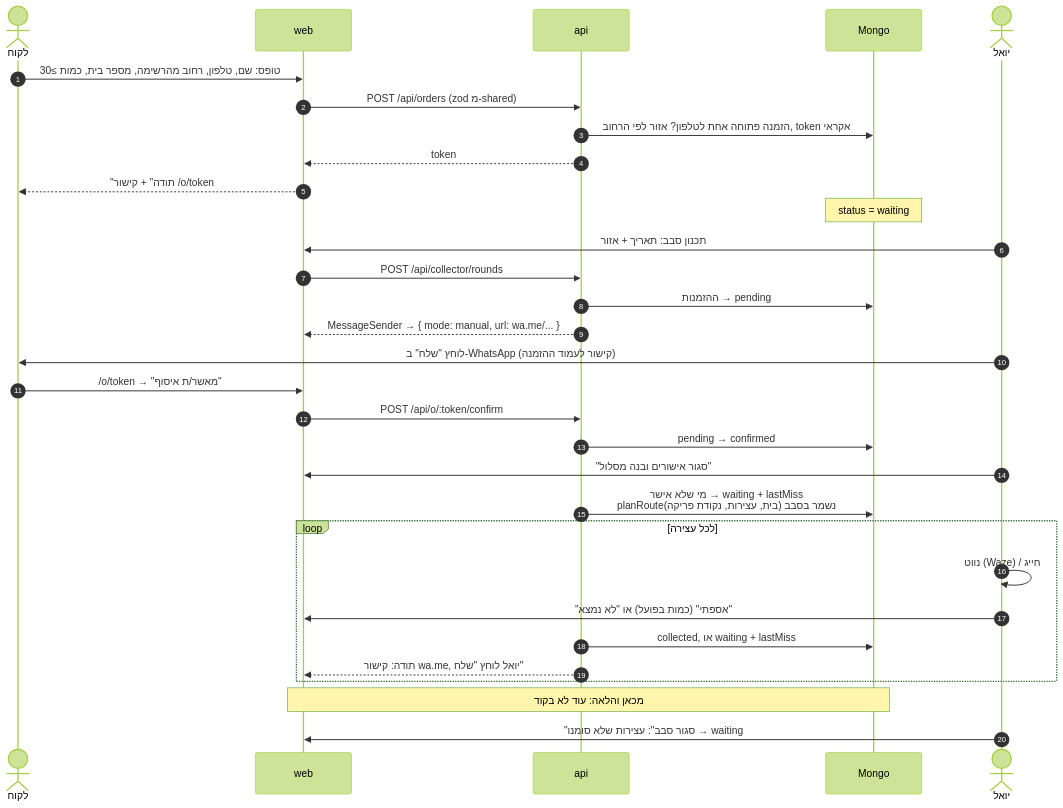
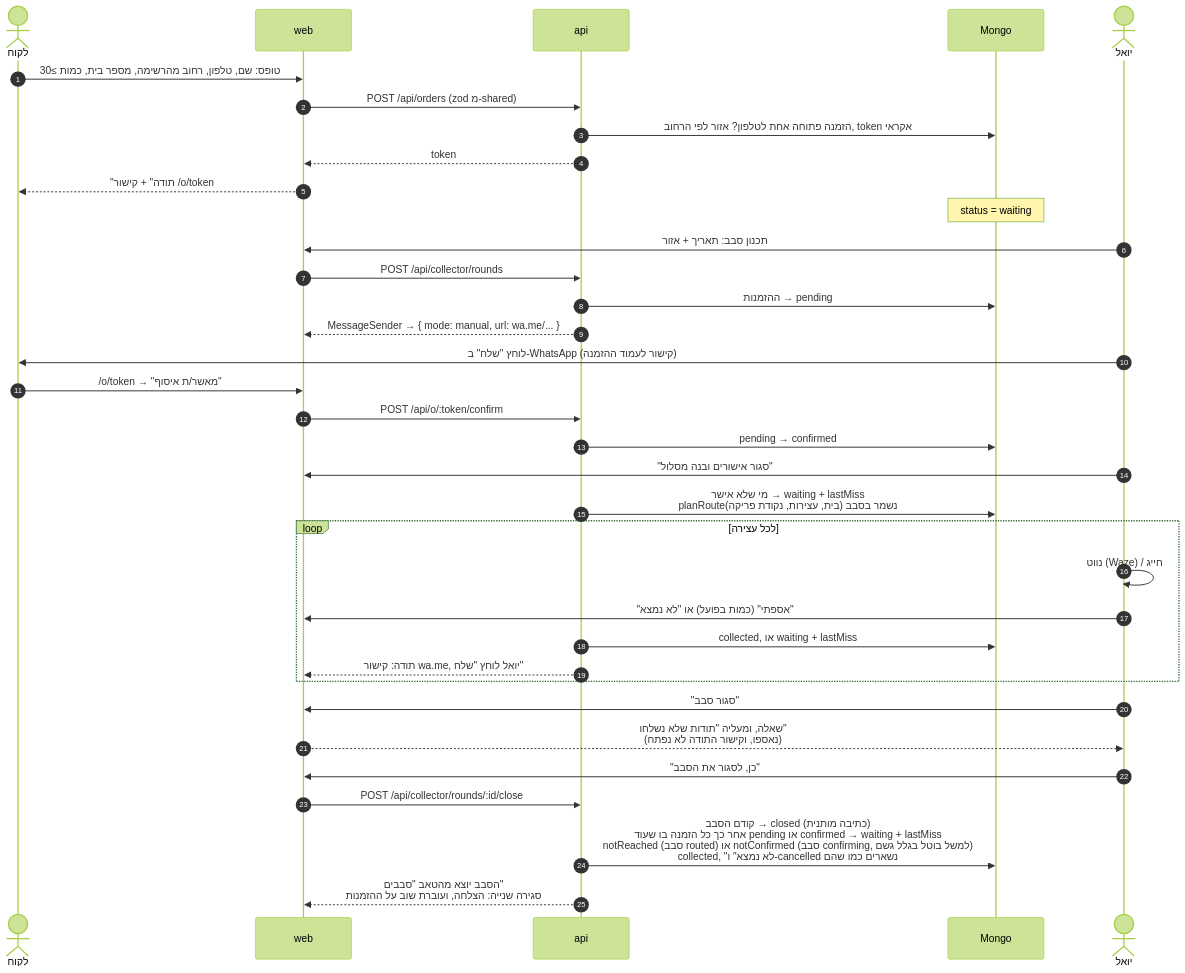
The second of 3 diagrams in ARCHITECTURE.md (uriel-s/Latet-od), drawn with Mermaid (forest theme) before and after one commit. The commit also changed other lines of this file, not shown here.

Commit message:
Describe 'close round' in ARCHITECTURE.md and update the status header

````diff
--- a/ARCHITECTURE.md
+++ b/ARCHITECTURE.md
@@ -63,37 +63,41 @@
 ```mermaid
 sequenceDiagram
     autonumber
     actor L as לקוח
     participant W as web
     participant A as api
     participant D as Mongo
     actor Y as יואל
 
     L->>W: טופס: שם, טלפון, רחוב מהרשימה, מספר בית, כמות ≥30
     W->>A: POST /api/orders (zod מ-shared)
     A->>D: הזמנה פתוחה אחת לטלפון? אזור לפי הרחוב, token אקראי
     A-->>W: token
     W-->>L: "תודה" + קישור /o/token
     Note over D: status = waiting
 
     Y->>W: תכנון סבב: תאריך + אזור
     W->>A: POST /api/collector/rounds
     A->>D: ההזמנות → pending
     A-->>W: MessageSender → { mode: manual, url: wa.me/... }
     Y->>L: לוחץ "שלח" ב-WhatsApp (קישור לעמוד ההזמנה)
 
     L->>W: /o/token → "מאשר/ת איסוף"
     W->>A: POST /api/o/:token/confirm
     A->>D: pending → confirmed
 
     Y->>W: "סגור אישורים ובנה מסלול"
     A->>D: מי שלא אישר → waiting + lastMiss<br/>planRoute(בית, עצירות, נקודת פריקה) נשמר בסבב
     loop לכל עצירה
         Y->>Y: נווט (Waze) / חייג
         Y->>W: "אספתי" (כמות בפועל) או "לא נמצא"
         A->>D: collected, או waiting + lastMiss
         A-->>W: תודה: קישור wa.me, יואל לוחץ "שלח"
     end
-    Note over W,D: מכאן והלאה: עוד לא בקוד
-    Y->>W: "סגור סבב": עצירות שלא סומנו → waiting
+    Y->>W: "סגור סבב"
+    W-->>Y: שאלה, ומעליה "תודות שלא נשלחו"<br/>(נאספו, וקישור התודה לא נפתח)
+    Y->>W: "כן, לסגור את הסבב"
+    W->>A: POST /api/collector/rounds/:id/close
+    A->>D: קודם הסבב → closed (כתיבה מותנית)<br/>אחר כך כל הזמנה בו שעוד pending או confirmed → waiting + lastMiss<br/>notReached (סבב routed) או notConfirmed (סבב confirming, למשל בוטל בגלל גשם)<br/>collected, "לא נמצא" ו-cancelled נשארים כמו שהם
+    A-->>W: הסבב יוצא מהטאב "סבבים"<br/>סגירה שנייה: הצלחה, ועוברת שוב על ההזמנות
 ```
````
